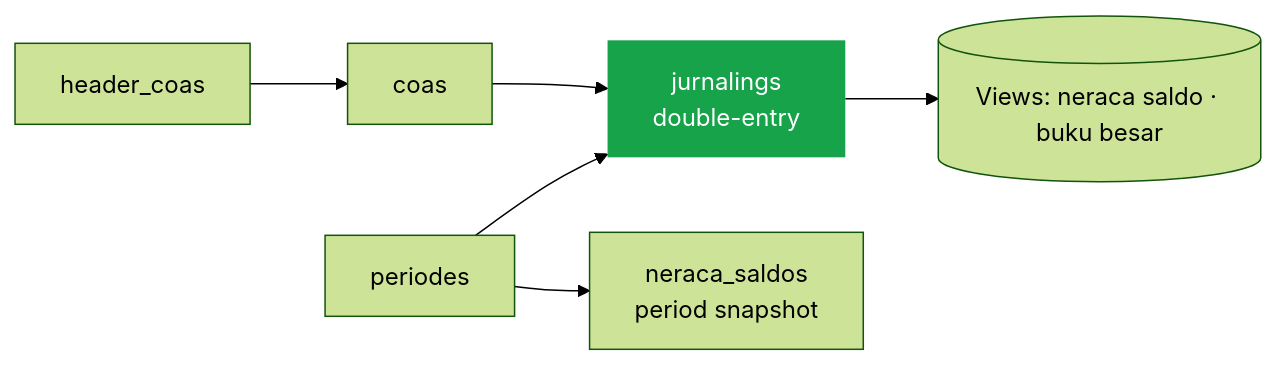
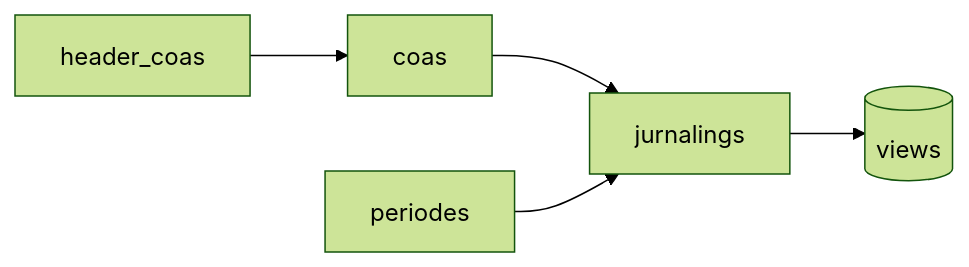
One commit to yesterdaygrace/yesterdaygrace changed the fourth of 5 diagrams in README.md. Above: the diagram before and after it, drawn with Mermaid (forest theme). The commit also changed other lines of this file, not shown here.

````diff
--- a/README.md
+++ b/README.md
@@ -226,9 +135,5 @@
 ```mermaid
 flowchart LR
-    H[header_coas] --> C[coas]
-    C --> J[jurnalings<br/>double-entry]
+    H[header_coas] --> C[coas] --> J[jurnalings] --> V[(views)]
     P[periodes] --> J
-    J --> V[(Views: neraca saldo · buku besar)]
-    P --> N[neraca_saldos<br/>period snapshot]
-    style J fill:#16a34a,color:#fff,stroke:none
 ```
````
